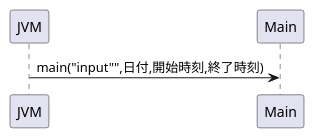
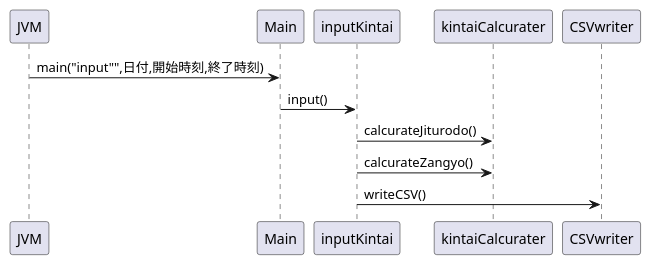
Before and after one commit to biglobe-isp/kintai: the diagram in doc/sequence-diagram-input.pu, drawn with PlantUML. The commit also changed 6 other files, not shown here.

```diff
--- a/doc/sequence-diagram-input.pu
+++ b/doc/sequence-diagram-input.pu
@@ -1,9 +1,14 @@
 @startuml
 JVM->Main:main("input"",日付,開始時刻,終了時刻)
-'入力チェック
-'開始時刻、終了時刻の取得
-'実労働時間の計算（開始〜終了までの時間-休憩時間）
+'入力チェック :UI
+'開始時刻、終了時刻の取得 :UI
+'実労働時間の計算（開始〜終了までの時間-休憩時間）:domain
 '   休憩時間に労働時間が重ねっている時間帯だけが引き算される
-'残業時間の計算
-'CSVファイルへの書き出し
+'残業時間の計算:domain
+'CSVファイルへの書き出し:infra
+
+Main->inputKintai:input()
+inputKintai->kintaiCalcurater:calcurateJiturodo()
+inputKintai->kintaiCalcurater:calcurateZangyo()
+inputKintai->CSVwriter:writeCSV()
 @enduml
```
